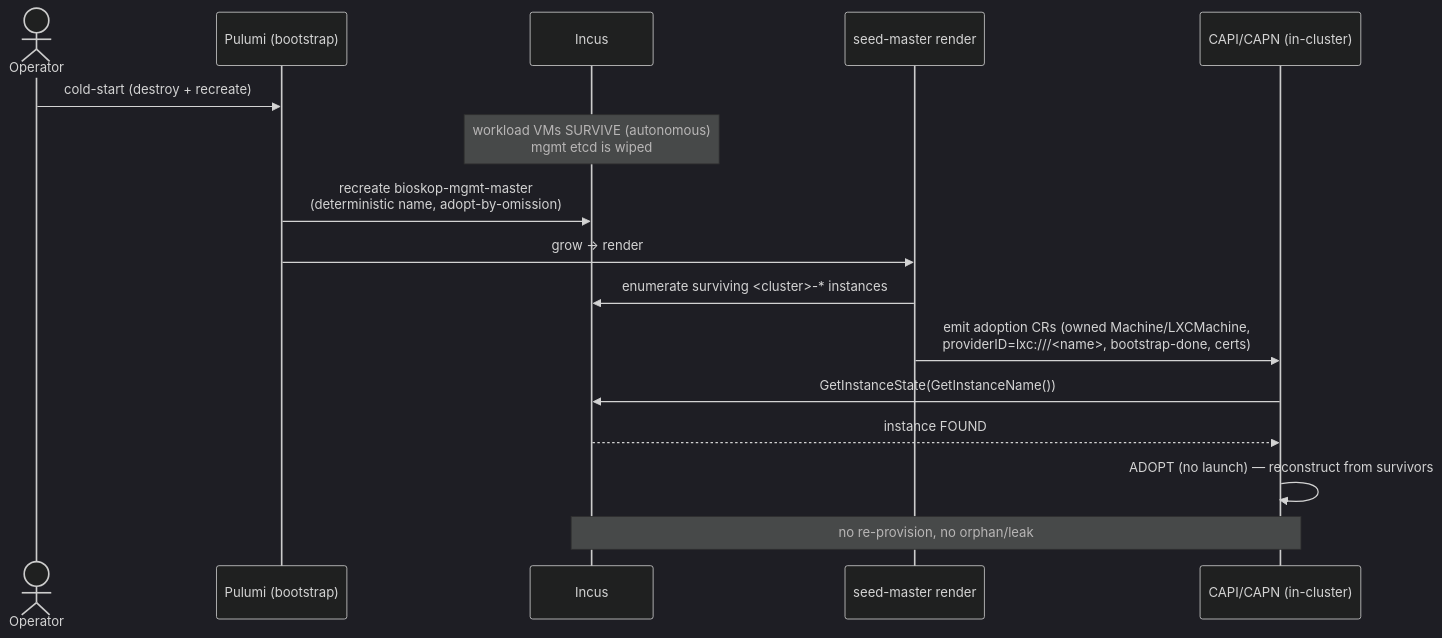
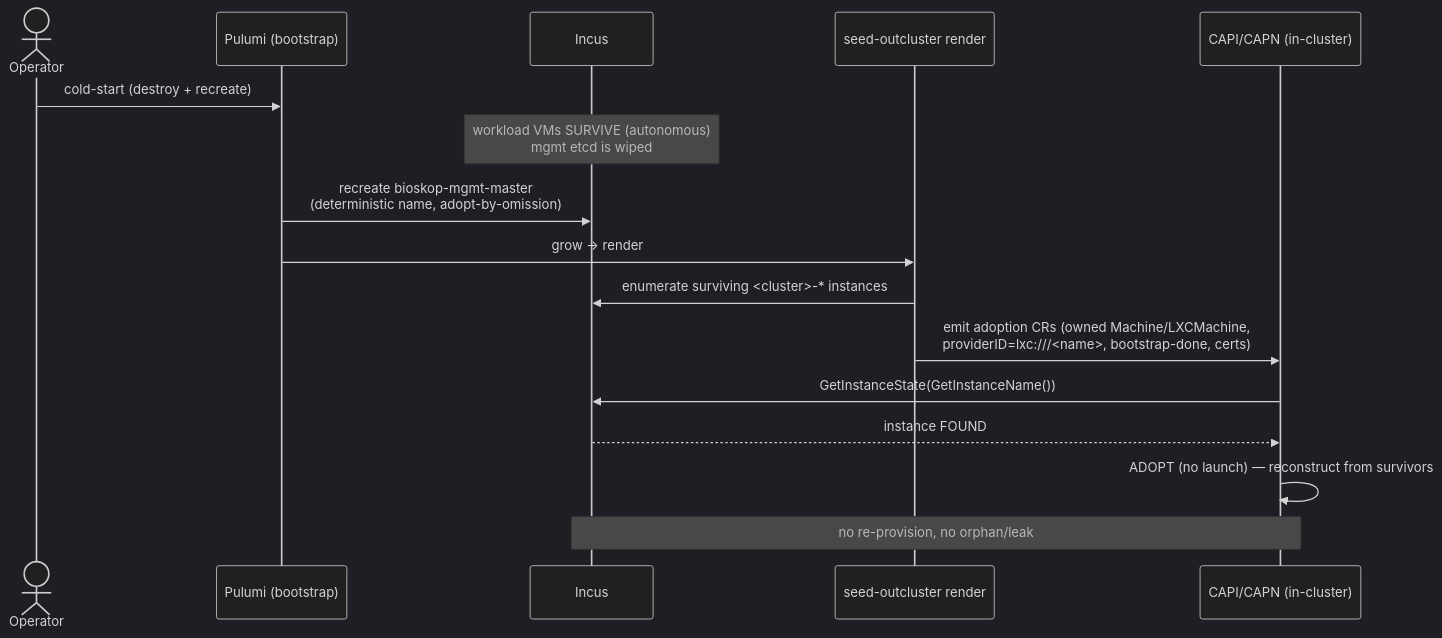
The seventh of 9 diagrams in docs/architecture/cluster-api/management-workload-topology.adoc (seedmatic/rke2lab), drawn with Mermaid (dark theme) before and after one commit. The commit also changed other lines of this file and 160 other files, not shown here.

First line of the commit message:
refactor(exec)!: `seed-master` → `seed-outcluster`, one axis for the whole chain

```diff
--- a/docs/architecture/cluster-api/management-workload-topology.adoc
+++ b/docs/architecture/cluster-api/management-workload-topology.adoc
@@ -753,19 +753,19 @@
 [mermaid]
 ....
 sequenceDiagram
     actor Op as Operator
     participant Pulumi as Pulumi (bootstrap)
     participant Incus
-    participant Render as seed-master render
+    participant Render as seed-outcluster render
     participant CAPN as CAPI/CAPN (in-cluster)
     Op->>Pulumi: cold-start (destroy + recreate)
     Note over Incus: workload VMs SURVIVE (autonomous)<br/>mgmt etcd is wiped
     Pulumi->>Incus: recreate bioskop-mgmt-master<br/>(deterministic name, adopt-by-omission)
     Pulumi->>Render: grow → render
     Render->>Incus: enumerate surviving <cluster>-* instances
     Render->>CAPN: emit adoption CRs (owned Machine/LXCMachine,<br/>providerID=lxc:///<name>, bootstrap-done, certs)
     CAPN->>Incus: GetInstanceState(GetInstanceName())
     Incus-->>CAPN: instance FOUND
     CAPN->>CAPN: ADOPT (no launch) — reconstruct from survivors
     Note over CAPN,Incus: no re-provision, no orphan/leak
 ....
```
